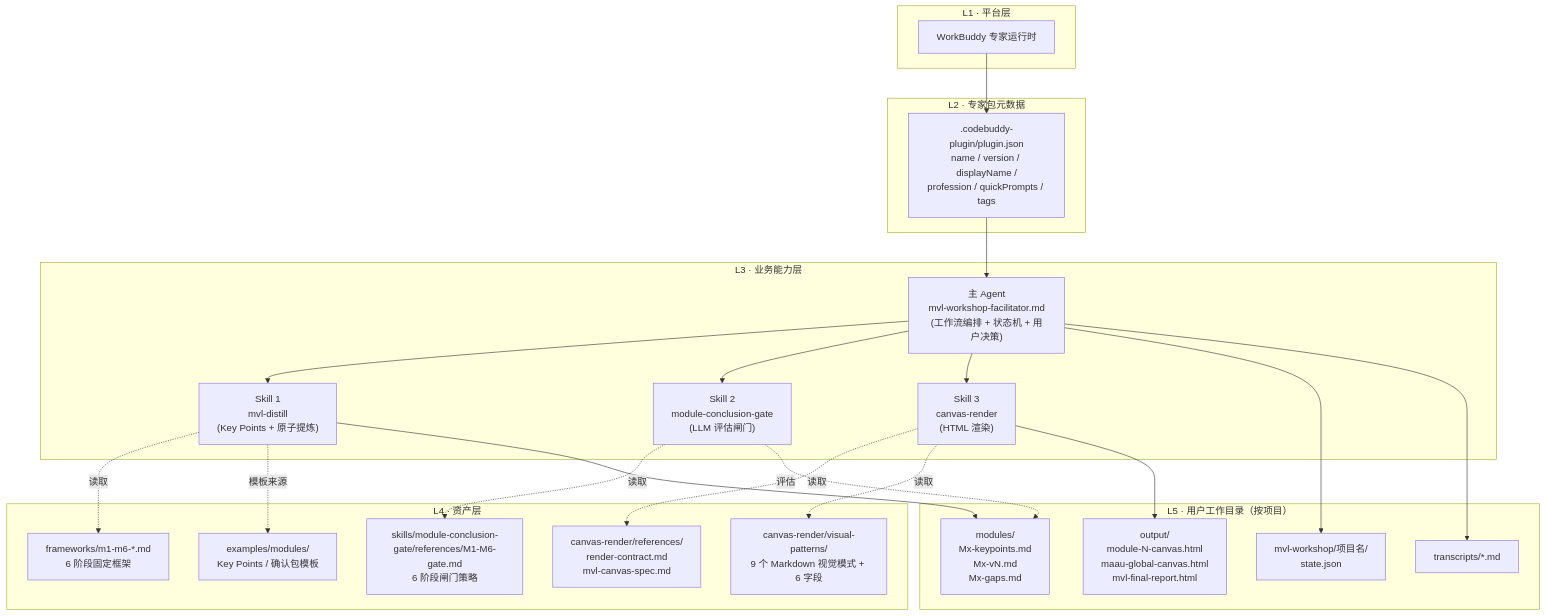
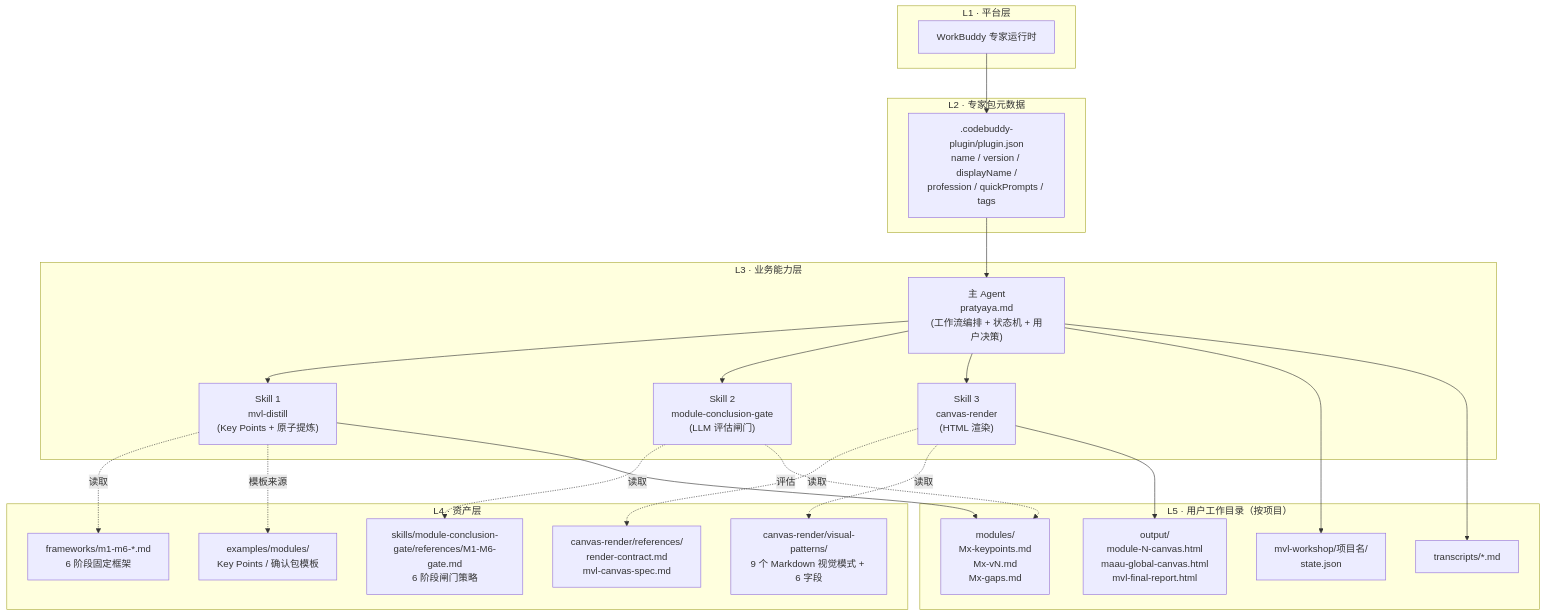
Before and after one commit to wanghongbj321-code/pratyaya: the first of 9 diagrams in docs/MVL-整体架构设计.md, drawn with Mermaid. The commit also changed other lines of this file and 20 other files, not shown here.

````diff
--- a/docs/MVL-整体架构设计.md
+++ b/docs/MVL-整体架构设计.md
@@ -71,48 +71,48 @@
 ```mermaid
 flowchart TB
     subgraph L1["L1 · 平台层"]
         P[WorkBuddy 专家运行时]
     end
 
     subgraph L2["L2 · 专家包元数据"]
         META[".codebuddy-plugin/plugin.json<br/>name / version / displayName /<br/>profession / quickPrompts / tags"]
     end
 
     subgraph L3["L3 · 业务能力层"]
-        AGENT["主 Agent<br/>mvl-workshop-facilitator.md<br/>(工作流编排 + 状态机 + 用户决策)"]
+        AGENT["主 Agent<br/>pratyaya.md<br/>(工作流编排 + 状态机 + 用户决策)"]
         SK1["Skill 1<br/>mvl-distill<br/>(Key Points + 原子提炼)"]
         SK2["Skill 2<br/>module-conclusion-gate<br/>(LLM 评估闸门)"]
         SK3["Skill 3<br/>canvas-render<br/>(HTML 渲染)"]
     end
 
     subgraph L4["L4 · 资产层"]
         FW["frameworks/m1-m6-*.md<br/>6 阶段固定框架"]
         GP["skills/module-conclusion-gate/references/M1-M6-gate.md<br/>6 阶段闸门策略"]
         RC["canvas-render/references/<br/>render-contract.md<br/>mvl-canvas-spec.md"]
         VP["canvas-render/visual-patterns/<br/>9 个 Markdown 视觉模式 + 6 字段"]
         EX["examples/modules/<br/>Key Points / 确认包模板"]
     end
 
     subgraph L5["L5 · 用户工作目录（按项目）"]
         ST["mvl-workshop/项目名/<br/>state.json"]
         TR["transcripts/*.md"]
         MD["modules/<br/>Mx-keypoints.md<br/>Mx-vN.md<br/>Mx-gaps.md"]
         OUT["output/<br/>module-N-canvas.html<br/>maau-global-canvas.html<br/>mvl-final-report.html"]
     end
 
     P --> META
     META --> AGENT
     AGENT --> SK1
     AGENT --> SK2
     AGENT --> SK3
     SK1 -.读取.-> FW
     SK2 -.读取.-> GP
     SK3 -.读取.-> RC
     SK3 -.读取.-> VP
     SK1 -.模板来源.-> EX
     AGENT --> ST
     SK1 --> MD
     SK2 -.评估.-> MD
     SK3 --> OUT
     AGENT --> TR
 ```
````
